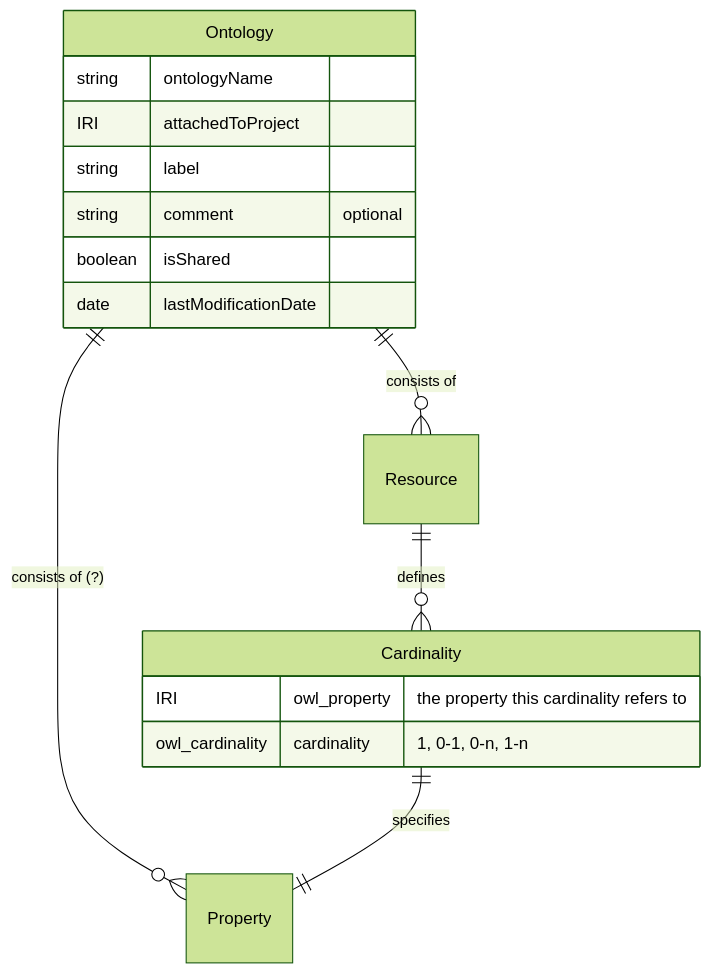
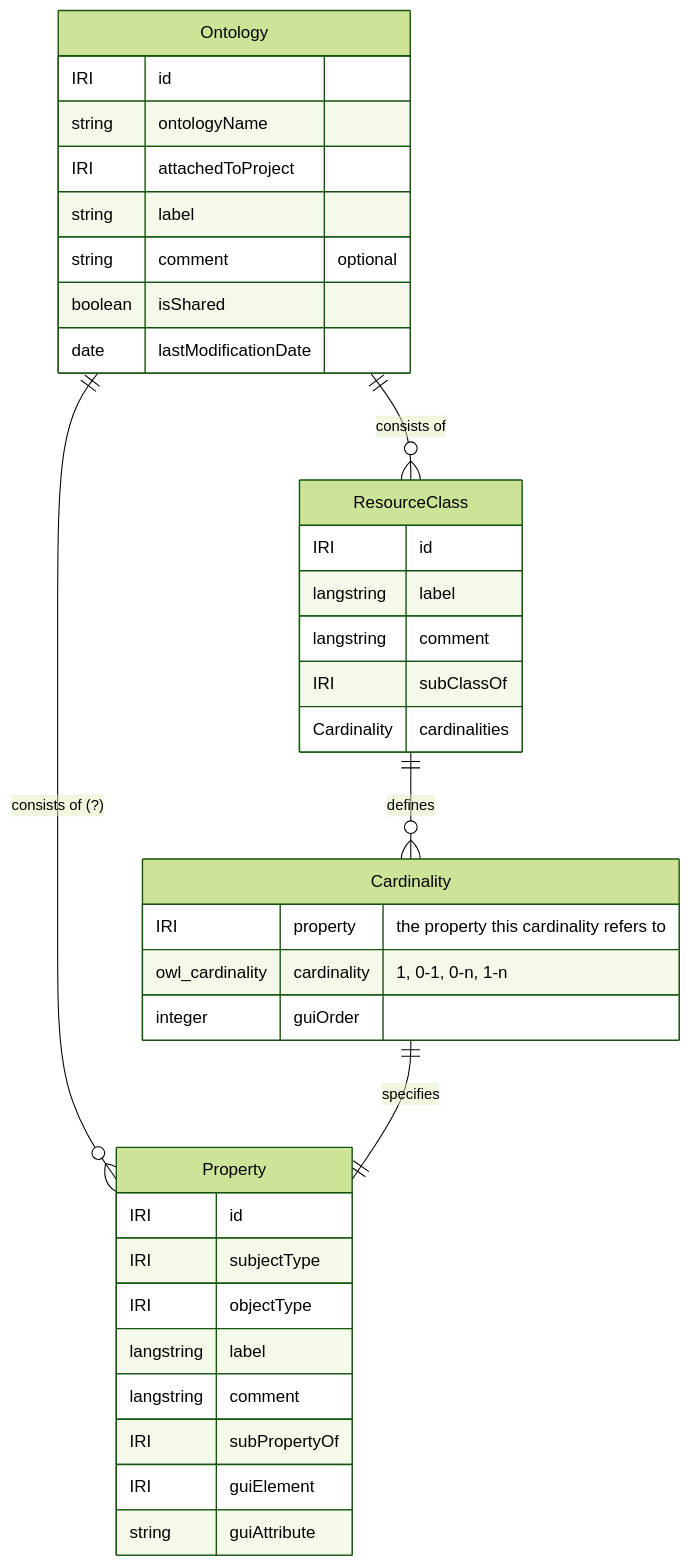
One commit to dasch-swiss/dsp-api changed the third of 8 diagrams in docs/architecture/docs/domain-model.md. Above: the diagram before and after it, drawn with Mermaid (forest theme).

````diff
--- a/docs/architecture/docs/domain-model.md
+++ b/docs/architecture/docs/domain-model.md
@@ -123,20 +123,38 @@
 ```mermaid
 erDiagram
     Ontology {
+        IRI id
         string ontologyName
         IRI attachedToProject
         string label
         string comment "optional"
         boolean isShared
         date lastModificationDate
     }
-    Property {}
+    ResourceClass {
+        IRI id
+        langstring label
+        langstring comment
+        IRI subClassOf
+        Cardinality cardinalities
+    }
+    Property {
+        IRI id
+        IRI subjectType
+        IRI objectType
+        langstring label
+        langstring comment
+        IRI subPropertyOf
+        IRI guiElement
+        string guiAttribute
+    }
     Cardinality {
-        IRI owl_property "the property this cardinality refers to"
+        IRI property "the property this cardinality refers to"
         owl_cardinality cardinality "1, 0-1, 0-n, 1-n"
+        integer guiOrder
     }
-    Ontology ||--o{ Resource: "consists of"
+    Ontology ||--o{ ResourceClass: "consists of"
     Ontology ||--o{ Property: "consists of (?)"
-    Resource ||--o{ Cardinality: defines
+    ResourceClass ||--o{ Cardinality: defines
     Cardinality ||--|| Property: specifies
 ```
````
